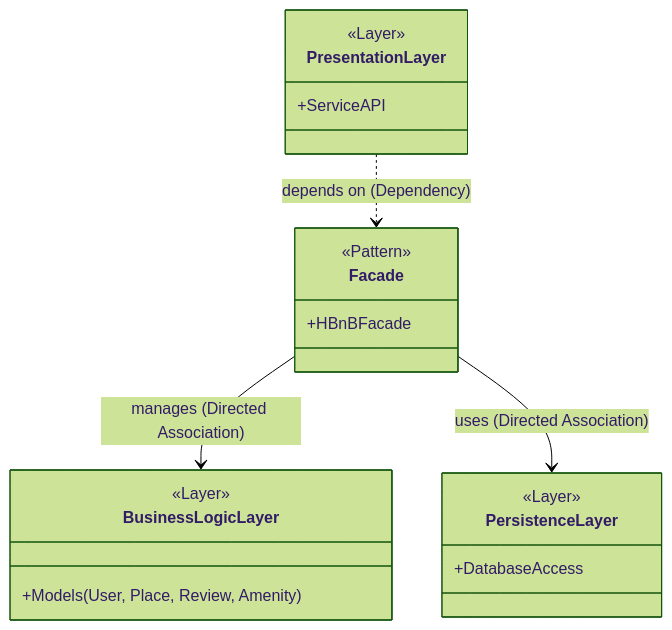
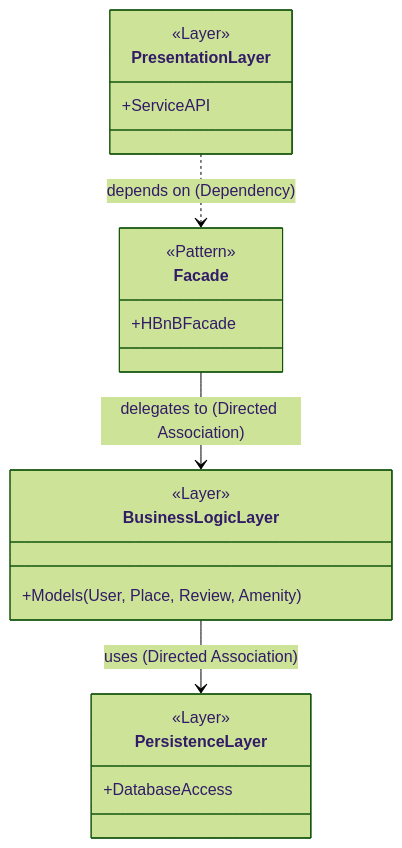
One commit to alzahra3ali-bit/holbertonschool-hbnb changed the first of 5 diagrams in README.md. Above: the diagram before and after it, drawn with Mermaid (forest theme). The commit also changed other lines of this file, not shown here.

Commit message:
Fix architectural layers in Task 0 and add inheritance labels in Task 1

````diff
--- a/README.md
+++ b/README.md
@@ -10,26 +10,26 @@
 ```mermaid
 classDiagram
     class PresentationLayer {
         <<Layer>>
         +ServiceAPI
+    }
+
+    class Facade {
+        <<Pattern>>
+        +HBnBFacade
     }
 
     class BusinessLogicLayer {
         <<Layer>>
         +Models (User, Place, Review, Amenity)
     }
 
     class PersistenceLayer {
         <<Layer>>
         +DatabaseAccess
     }
 
-    class Facade {
-        <<Pattern>>
-        +HBnBFacade
-    }
-
     PresentationLayer ..> Facade : depends on (Dependency)
-    Facade --> BusinessLogicLayer : manages (Directed Association)
-    Facade --> PersistenceLayer : uses (Directed Association)
+    Facade --> BusinessLogicLayer : delegates to (Directed Association)
+    BusinessLogicLayer --> PersistenceLayer : uses (Directed Association)
 ```
````
